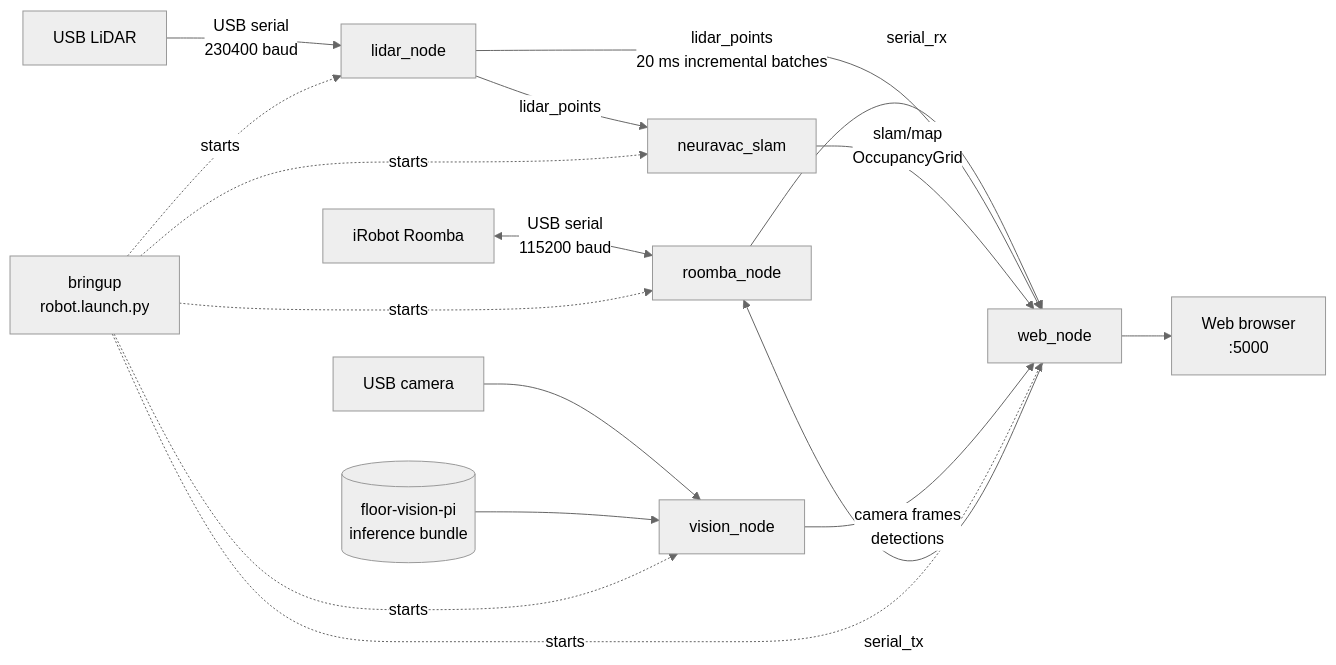
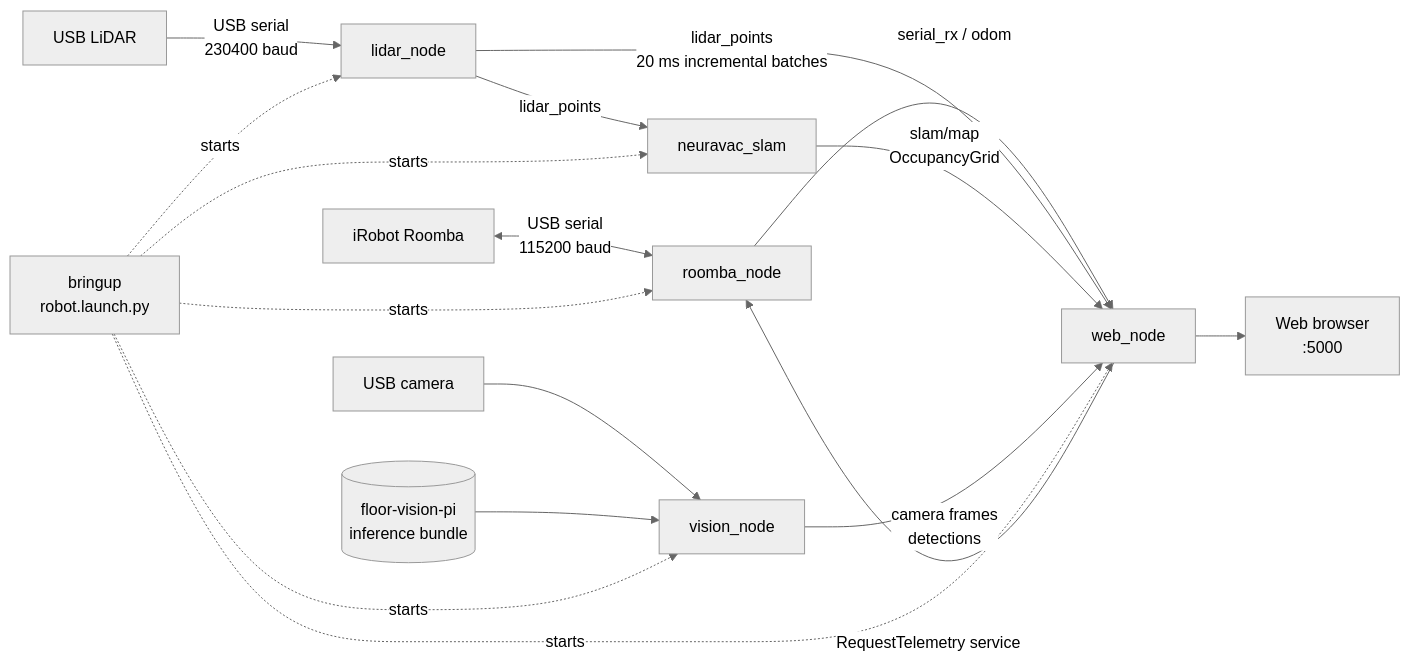
One commit to Ericdmch/NeuraVac changed the diagram in README.md. Above: the diagram before and after it, drawn with Mermaid (neutral theme). The commit also changed other lines of this file and 3 other files, not shown here.

````diff
--- a/README.md
+++ b/README.md
@@ -25,20 +25,20 @@
 ```mermaid
 flowchart LR
     Roomba[ iRobot Roomba ] <-->|USB serial<br/>115200 baud| R[roomba_node]
     Lidar[USB LiDAR] -->|USB serial<br/>230400 baud| L[lidar_node]
     L -->|lidar_points| S[neuravac_slam]
     Camera[USB camera] --> V[vision_node]
     Bundle[(floor-vision-pi<br/>inference bundle)] --> V
 
-    R -->|serial_rx| W[web_node]
-    W -->|serial_tx| R
+    R -->|serial_rx / odom| W[web_node]
+    W -->|RequestTelemetry service| R
     L -->|lidar_points<br/>20 ms incremental batches| W
     S -->|slam/map<br/>OccupancyGrid| W
     V -->|camera frames<br/>detections| W
     W --> Browser[Web browser<br/>:5000]
     B[bringup<br/>robot.launch.py] -. starts .-> R
     B -. starts .-> L
     B -. starts .-> S
     B -. starts .-> V
     B -. starts .-> W
 ```
````
